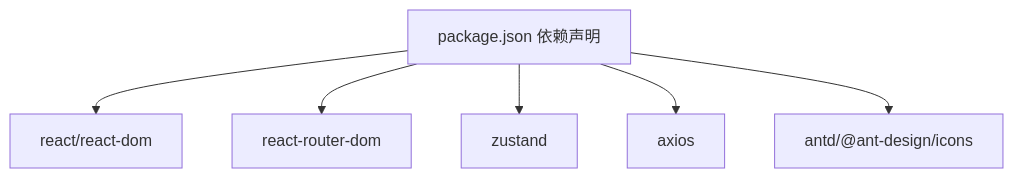
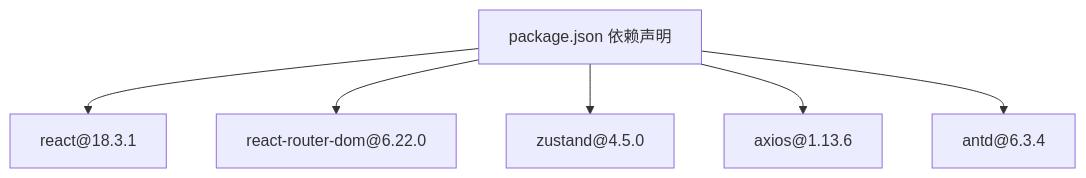
One commit to LouisFantansy/Budget_Mgt_Enterprise changed the seventh of 7 diagrams in .qoder/repowiki/zh/content/前端架构/前端架构.md. Above: the diagram before and after it, drawn with Mermaid. The commit also changed other lines of this file and 10 other files, not shown here.

````diff
--- a/.qoder/repowiki/zh/content/前端架构/前端架构.md
+++ b/.qoder/repowiki/zh/content/前端架构/前端架构.md
@@ -307,14 +316,14 @@
 ```mermaid
 graph TB
 Pkg["package.json 依赖声明"]
-R["react/react-dom"]
-RR["react-router-dom"]
-ZS["zustand"]
-AX["axios"]
-AN["antd/@ant-design/icons"]
+R["react@18.3.1"]
+RR["react-router-dom@6.22.0"]
+ZS["zustand@4.5.0"]
+AX["axios@1.13.6"]
+AN["antd@6.3.4"]
 Pkg --> R
 Pkg --> RR
 Pkg --> ZS
 Pkg --> AX
 Pkg --> AN
 ```
````
